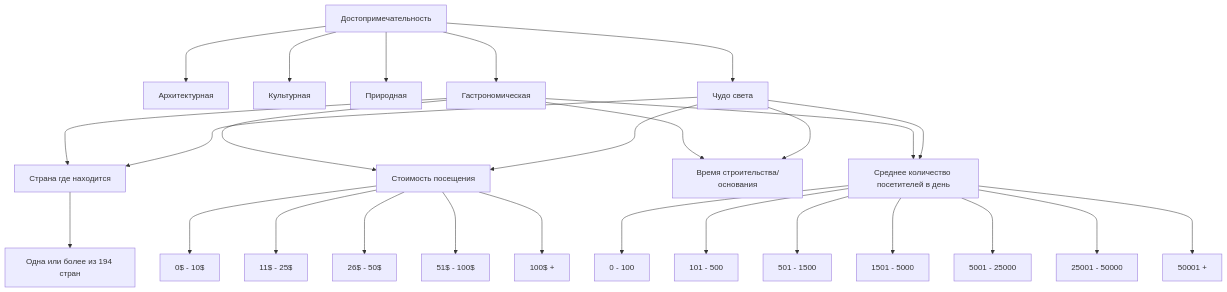
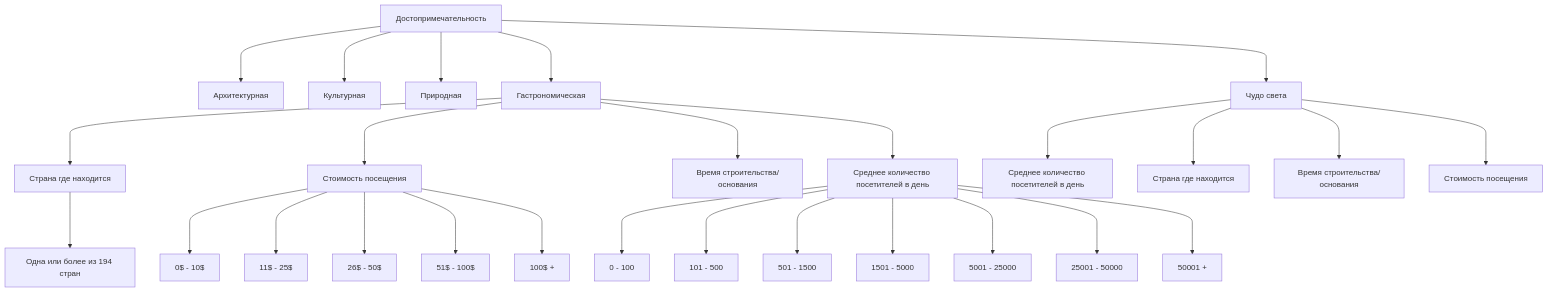
One commit to demonblo/artificial-intelligence-systems changed the diagram in lab_01/tree.md. Above: the diagram before and after it, drawn with Mermaid.

Commit message:
edit conections for world miracle in tree.md

````diff
--- a/lab_01/tree.md
+++ b/lab_01/tree.md
@@ -1,34 +1,34 @@
 ```mermaid
 flowchart TD
 Достопримечательность ---> Архитектурная
 Достопримечательность ---> Культурная
 Достопримечательность ---> Природная
 Достопримечательность ---> Гастрономическая
 Достопримечательность ---> ЧС[Чудо света]
 
 Гастрономическая ---> СН[Страна где находится]
 Гастрономическая ---> СП[Стоимость посещения]
 Гастрономическая ---> ВО[Время строительства/основания]
 Гастрономическая ---> КТ[Среднее количество посетителей в день]
 
 СН ---> Страны[Одна или более из 194 стран]
 
 СП ---> low_cost[0$ - 10$]
 СП ---> upper_low_cost[11$ - 25$]
 СП ---> medium_cost[26$ - 50$]
 СП ---> upper_medium_cost[51$ - 100$]
 СП ---> high_cost[100$ +]
 
 КТ ---> super_low_count[0 - 100]
 КТ ---> low_count[101 - 500]
 КТ ---> upper_low_count[501 - 1500]
 КТ ---> medium_count[1501 - 5000]
 КТ ---> upper_medium_count[5001 - 25000]
 КТ ---> high_count[25001 - 50000]
 КТ ---> mega_high_count[50001 +]
 
-ЧС ---> КТ
-ЧС ---> СН
-ЧС ---> ВО
-ЧС ---> СП
+ЧС ---> КТчс[Среднее количество посетителей в день]
+ЧС ---> СНчс[Страна где находится]
+ЧС ---> ВОчс[Время строительства/основания]
+ЧС ---> СПчс[Стоимость посещения]
 ```
````
